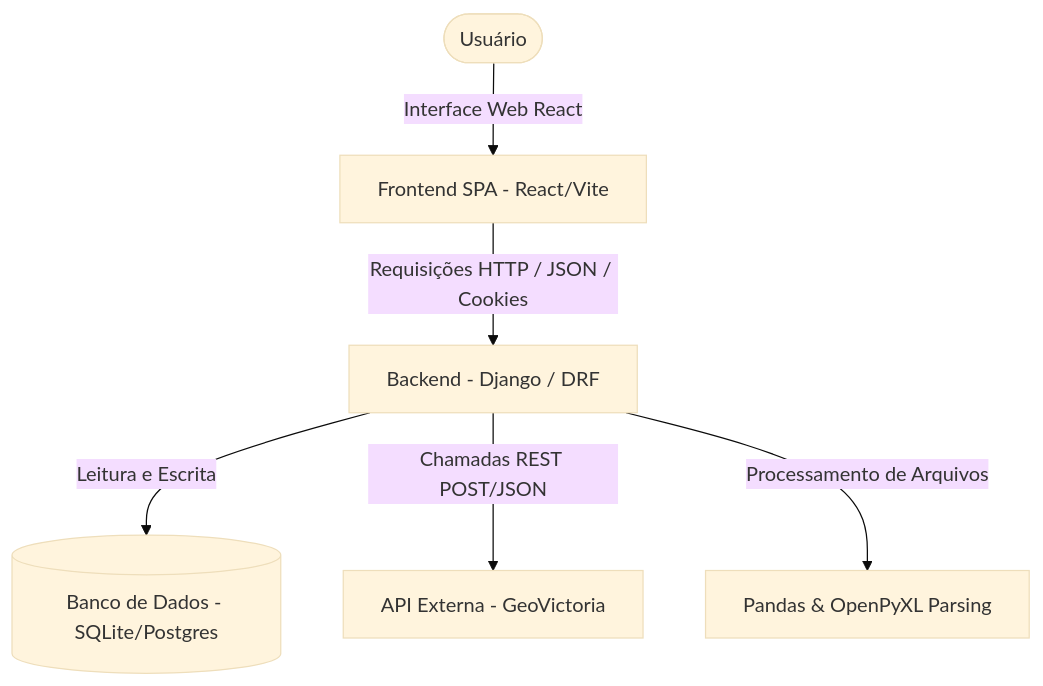
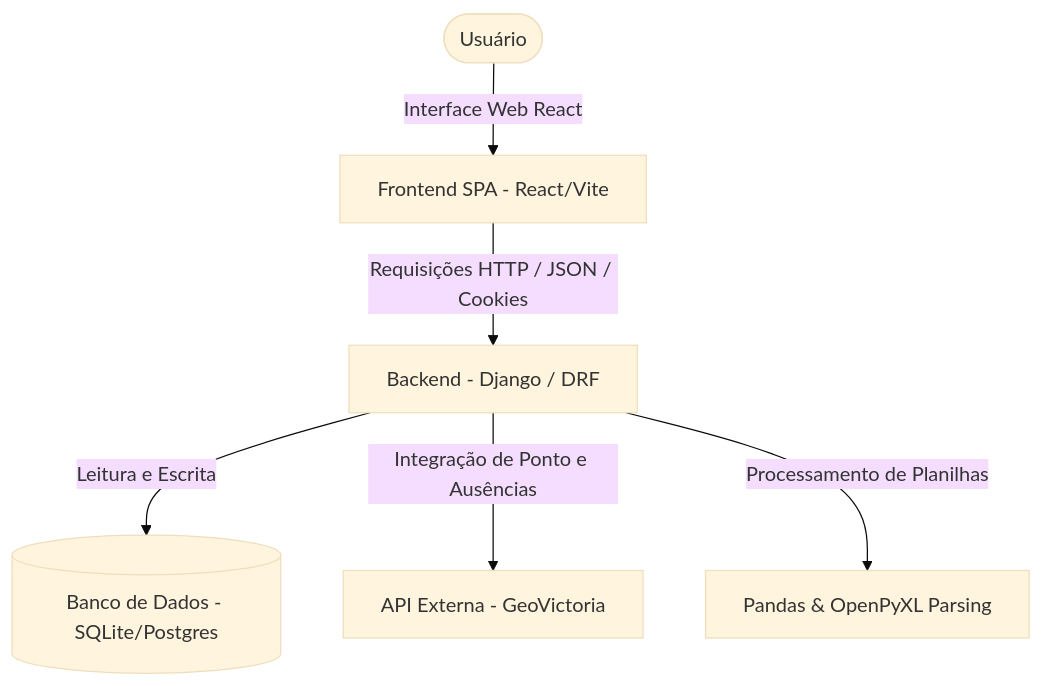
The first of 2 diagrams in README.md (guisatoru/analises-operacionais), drawn with Mermaid (base theme) before and after one commit. The commit also changed other lines of this file, not shown here.

````diff
--- a/README.md
+++ b/README.md
@@ -13,8 +13,8 @@
 ```mermaid
 flowchart TD
     User([Usuário]) -->|Interface Web React| Frontend[Frontend SPA - React/Vite]
     Frontend -->|Requisições HTTP / JSON / Cookies| Backend[Backend - Django / DRF]
     Backend -->|Leitura e Escrita| DB[(Banco de Dados - SQLite/Postgres)]
-    Backend -->|Chamadas REST POST/JSON| GeoVictoria[API Externa - GeoVictoria]
-    Backend -->|Processamento de Arquivos| Pandas[Pandas & OpenPyXL Parsing]
+    Backend -->|Integração de Ponto e Ausências| GeoVictoria[API Externa - GeoVictoria]
+    Backend -->|Processamento de Planilhas| Pandas[Pandas & OpenPyXL Parsing]
 ```
````
